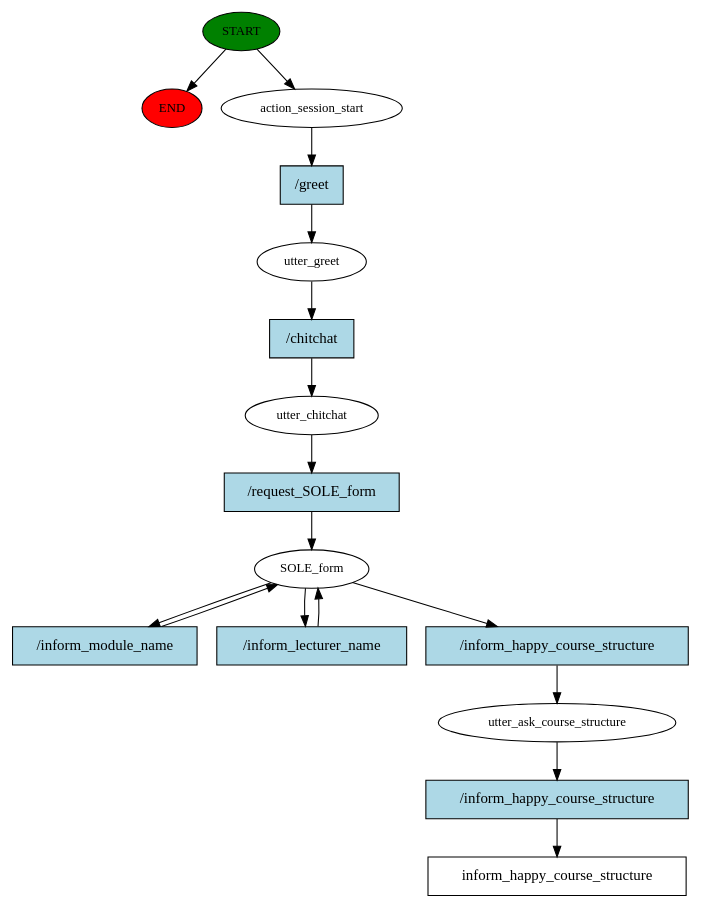
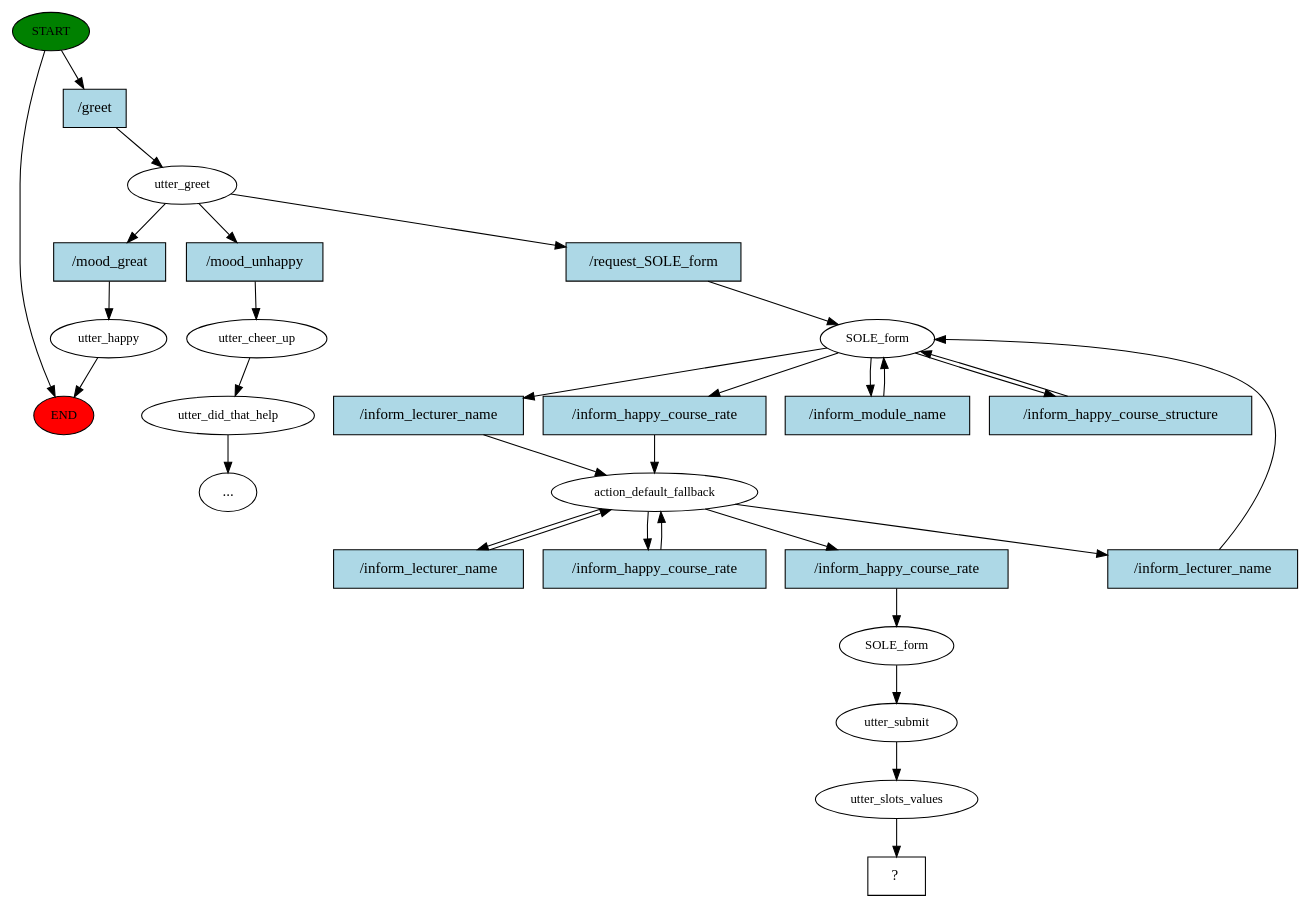
The diagram in FYP/story_graph.dot (hkl19/Rasa-Surveybot1), drawn with Graphviz before and after one commit. The commit also changed 116 other files, not shown here.

```diff
--- a/FYP/story_graph.dot
+++ b/FYP/story_graph.dot
@@ -1,33 +1,58 @@
 digraph  {
 0 [class="start active", fillcolor=green, fontsize=12, label=START, style=filled];
 "-1" [class=end, fillcolor=red, fontsize=12, label=END, style=filled];
-1 [class=active, fontsize=12, label=action_session_start];
-2 [class=active, fontsize=12, label=utter_greet];
-3 [class=active, fontsize=12, label=utter_chitchat];
-4 [class=active, fontsize=12, label=SOLE_form];
-7 [class=active, fontsize=12, label=utter_ask_course_structure];
-8 [class="intent dashed active", label=inform_happy_course_structure, shape=rect];
-9 [class="intent active", fillcolor=lightblue, label="/greet", shape=rect, style=filled];
-10 [class="intent active", fillcolor=lightblue, label="/chitchat", shape=rect, style=filled];
-11 [class="intent active", fillcolor=lightblue, label="/request_SOLE_form", shape=rect, style=filled];
-12 [class="intent active", fillcolor=lightblue, label="/inform_module_name", shape=rect, style=filled];
-13 [class="intent active", fillcolor=lightblue, label="/inform_lecturer_name", shape=rect, style=filled];
-14 [class="intent active", fillcolor=lightblue, label="/inform_happy_course_structure", shape=rect, style=filled];
-15 [class="intent active", fillcolor=lightblue, label="/inform_happy_course_structure", shape=rect, style=filled];
+1 [class=active, fontsize=12, label=utter_greet];
+2 [class="", fontsize=12, label=utter_happy];
+4 [class="", fontsize=12, label=utter_cheer_up];
+5 [class="", fontsize=12, label=utter_did_that_help];
+"-4" [class=ellipsis, label="..."];
+10 [class=active, fontsize=12, label=SOLE_form];
+12 [class=active, fontsize=12, label=action_default_fallback];
+18 [class=active, fontsize=12, label=SOLE_form];
+19 [class=active, fontsize=12, label=utter_submit];
+20 [class=active, fontsize=12, label=utter_slots_values];
+21 [class="intent dashed active", label="  ?  ", shape=rect];
+22 [class="intent active", fillcolor=lightblue, label="/greet", shape=rect, style=filled];
+23 [class=intent, fillcolor=lightblue, label="/mood_great", shape=rect, style=filled];
+24 [class=intent, fillcolor=lightblue, label="/mood_unhappy", shape=rect, style=filled];
+25 [class="intent active", fillcolor=lightblue, label="/request_SOLE_form", shape=rect, style=filled];
+26 [class="intent active", fillcolor=lightblue, label="/inform_lecturer_name", shape=rect, style=filled];
+27 [class="intent active", fillcolor=lightblue, label="/inform_happy_course_rate", shape=rect, style=filled];
+28 [class="intent active", fillcolor=lightblue, label="/inform_module_name", shape=rect, style=filled];
+29 [class="intent active", fillcolor=lightblue, label="/inform_happy_course_structure", shape=rect, style=filled];
+30 [class="intent active", fillcolor=lightblue, label="/inform_lecturer_name", shape=rect, style=filled];
+31 [class="intent active", fillcolor=lightblue, label="/inform_happy_course_rate", shape=rect, style=filled];
+32 [class="intent active", fillcolor=lightblue, label="/inform_lecturer_name", shape=rect, style=filled];
+33 [class="intent active", fillcolor=lightblue, label="/inform_happy_course_rate", shape=rect, style=filled];
 0 -> "-1"  [class="", key=NONE, label=""];
-0 -> 1  [class=active, key=NONE, label=""];
-1 -> 9  [class=active, key=0];
-2 -> 10  [class=active, key=0];
-3 -> 11  [class=active, key=0];
-4 -> 12  [class=active, key=0];
-4 -> 13  [class=active, key=0];
-4 -> 14  [class=active, key=0];
-7 -> 15  [class=active, key=0];
-9 -> 2  [class=active, key=0];
-10 -> 3  [class=active, key=0];
-11 -> 4  [class=active, key=0];
-12 -> 4  [class=active, key=0];
-13 -> 4  [class=active, key=0];
-14 -> 7  [class=active, key=0];
-15 -> 8  [class=active, key=0];
+0 -> 22  [class=active, key=0];
+1 -> 23  [class="", key=0];
+1 -> 24  [class="", key=0];
+1 -> 25  [class=active, key=0];
+2 -> "-1"  [class="", key=NONE, label=""];
+4 -> 5  [class="", key=NONE, label=""];
+5 -> "-4"  [class="", key=NONE, label=""];
+10 -> 26  [class=active, key=0];
+10 -> 27  [class=active, key=0];
+10 -> 28  [class=active, key=0];
+10 -> 29  [class=active, key=0];
+12 -> 30  [class=active, key=0];
+12 -> 31  [class=active, key=0];
+12 -> 32  [class=active, key=0];
+12 -> 33  [class=active, key=0];
+18 -> 19  [class=active, key=NONE, label=""];
+19 -> 20  [class=active, key=NONE, label=""];
+20 -> 21  [class=active, key=NONE, label=""];
+22 -> 1  [class=active, key=0];
+23 -> 2  [class="", key=0];
+24 -> 4  [class="", key=0];
+25 -> 10  [class=active, key=0];
+26 -> 12  [class=active, key=0];
+27 -> 12  [class=active, key=0];
+28 -> 10  [class=active, key=0];
+29 -> 10  [class=active, key=0];
+30 -> 12  [class=active, key=0];
+31 -> 12  [class=active, key=0];
+32 -> 10  [class=active, key=0];
+33 -> 18  [class=active, key=0];
 }
```
